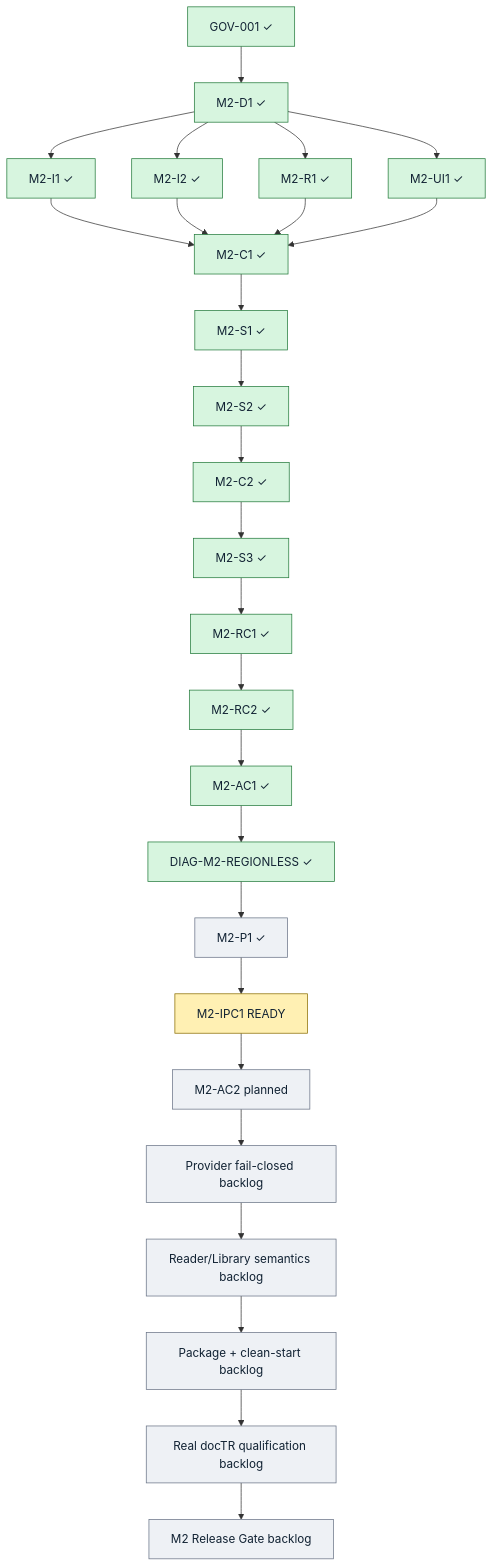
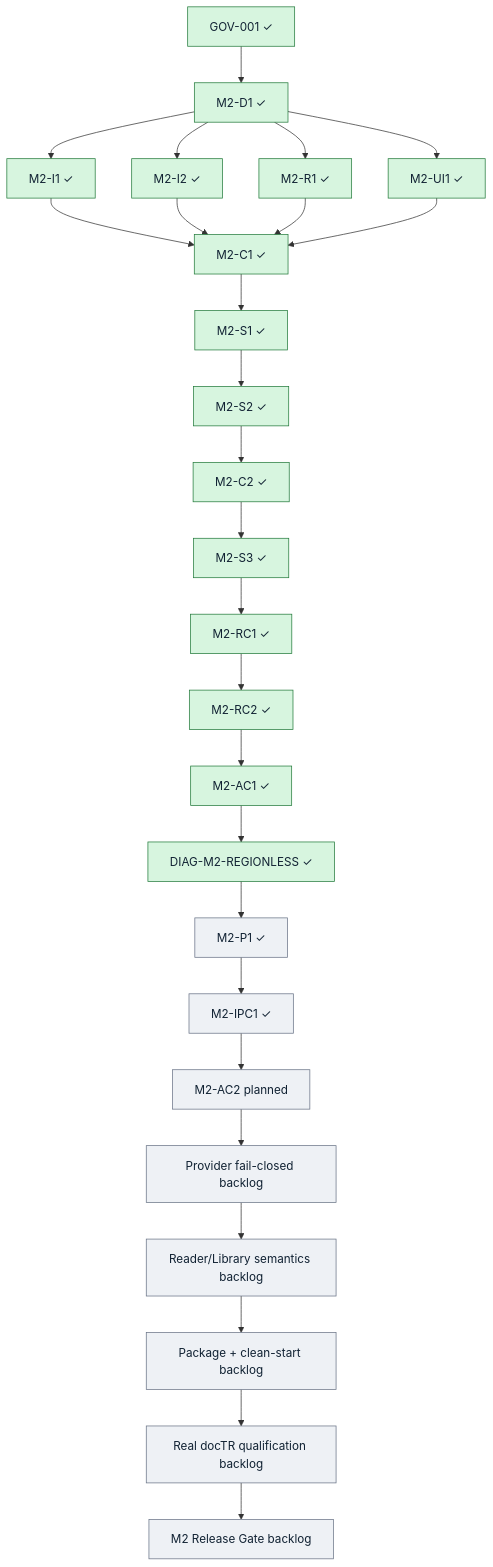
One commit to peakwheat-pixel/New-Manga changed the diagram in doc/REBASELINE_PLAN.md. Above: the diagram before and after it, drawn with Mermaid. The commit also changed other lines of this file and 4 other files, not shown here.

````diff
--- a/doc/REBASELINE_PLAN.md
+++ b/doc/REBASELINE_PLAN.md
@@ -55,28 +55,27 @@
 ```mermaid
 flowchart TD
   GOV["GOV-001 ✓"] --> D1["M2-D1 ✓"]
   D1 --> I1["M2-I1 ✓"]
   D1 --> I2["M2-I2 ✓"]
   D1 --> R1["M2-R1 ✓"]
   D1 --> UI1["M2-UI1 ✓"]
   I1 --> C1["M2-C1 ✓"]
   I2 --> C1
   R1 --> C1
   UI1 --> C1
   C1 --> S1["M2-S1 ✓"] --> S2["M2-S2 ✓"] --> C2["M2-C2 ✓"] --> S3["M2-S3 ✓"] --> RC1["M2-RC1 ✓"] --> RC2["M2-RC2 ✓"] --> AC1["M2-AC1 ✓"]
   AC1 --> DIAG["DIAG-M2-REGIONLESS ✓"]
   DIAG --> P1["M2-P1 ✓"]
-  P1 --> IPC1["M2-IPC1 READY"]
+  P1 --> IPC1["M2-IPC1 ✓"]
   IPC1 --> AC2["M2-AC2 planned"]
   AC2 --> AC3["Provider fail-closed backlog"]
   AC3 --> AC4["Reader/Library semantics backlog"]
   AC4 --> PKG["Package + clean-start backlog"]
   PKG --> ML["Real docTR qualification backlog"]
   ML --> RG["M2 Release Gate backlog"]
   classDef done fill:#d7f5df,stroke:#237a3b,color:#123;
   classDef ready fill:#fff0b3,stroke:#8a6d00,color:#123;
   classDef planned fill:#eef1f5,stroke:#697386,color:#123;
   class GOV,D1,I1,I2,R1,UI1,C1,S1,S2,C2,S3,RC1,RC2,AC1,DIAG,P1 done;
-  class P1,AC2,AC3,AC4,PKG,ML,RG planned;
-  class IPC1 ready;
+  class P1,IPC1,AC2,AC3,AC4,PKG,ML,RG planned;
 ```
````
